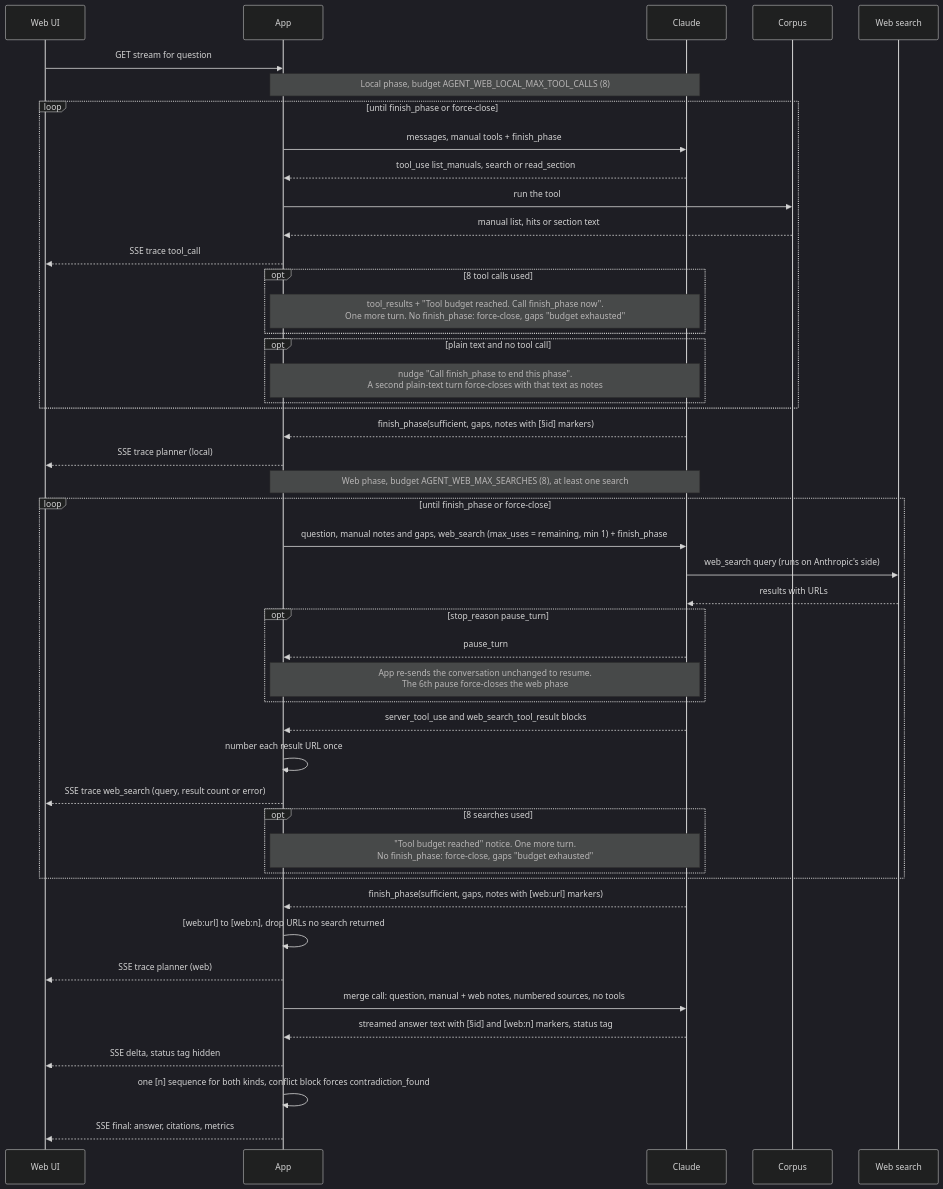
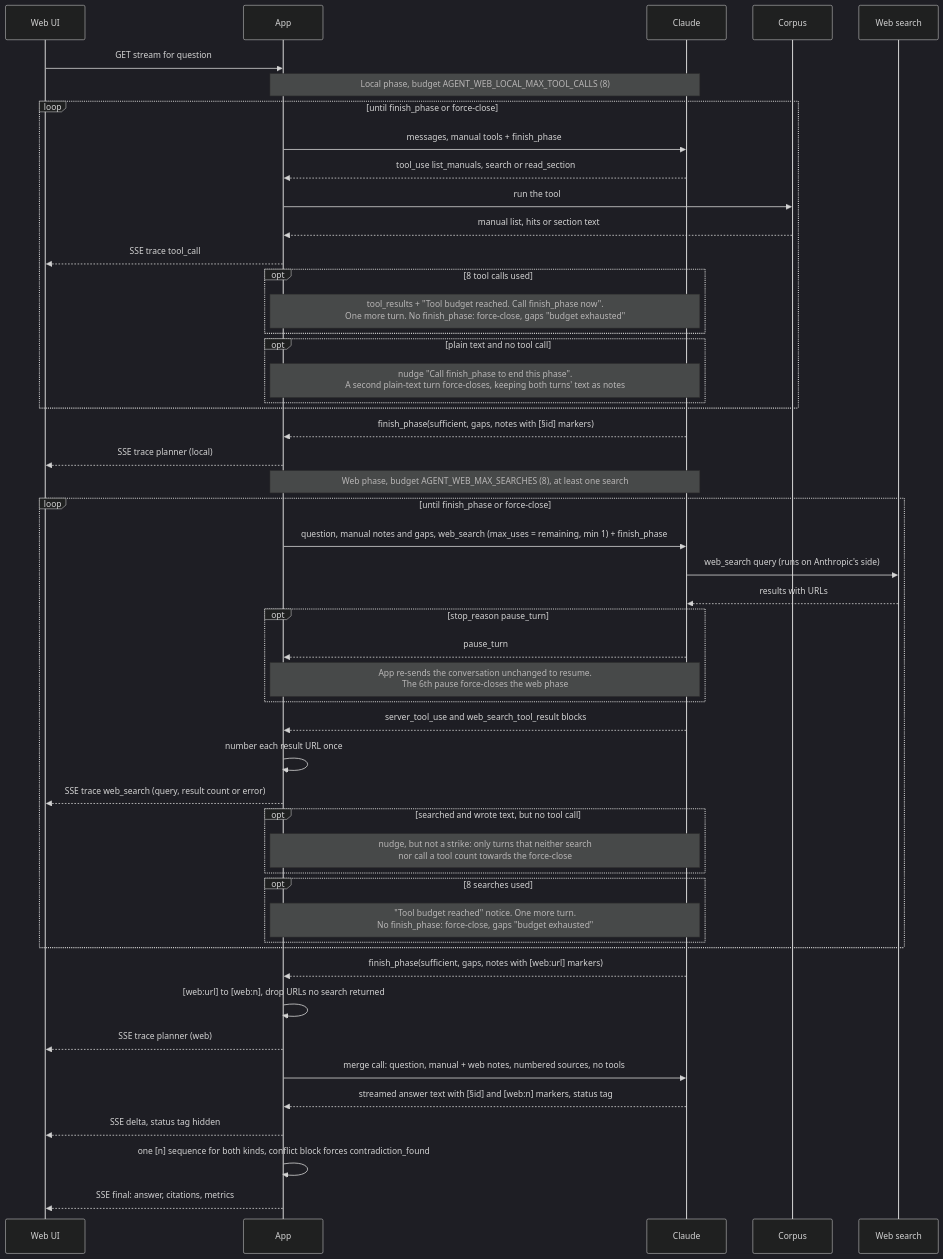
The second of 2 diagrams in docs/strategies/4-agentic-web.md (belaboros/UserManualAssistant), drawn with Mermaid (dark theme) before and after one commit. The commit also changed other lines of this file and 4 other files, not shown here.

First line of the commit message:
docs: web search prerequisite, force-close gaps and the strike rule

````diff
--- a/docs/strategies/4-agentic-web.md
+++ b/docs/strategies/4-agentic-web.md
@@ -51,49 +51,52 @@
 ```mermaid
 sequenceDiagram
     participant UI as Web UI
     participant A as App
     participant C as Claude
     participant DB as Corpus
     participant W as Web search
     UI->>A: GET stream for question
     Note over A,C: Local phase, budget AGENT_WEB_LOCAL_MAX_TOOL_CALLS (8)
     loop until finish_phase or force-close
         A->>C: messages, manual tools + finish_phase
         C-->>A: tool_use list_manuals, search or read_section
         A->>DB: run the tool
         DB-->>A: manual list, hits or section text
         A-->>UI: SSE trace tool_call
         opt 8 tool calls used
             Note over A,C: tool_results + "Tool budget reached. Call finish_phase now".<br/>One more turn. No finish_phase: force-close, gaps "budget exhausted"
         end
         opt plain text and no tool call
-            Note over A,C: nudge "Call finish_phase to end this phase".<br/>A second plain-text turn force-closes with that text as notes
+            Note over A,C: nudge "Call finish_phase to end this phase".<br/>A second plain-text turn force-closes, keeping both turns' text as notes
         end
     end
     C-->>A: finish_phase(sufficient, gaps, notes with [§id] markers)
     A-->>UI: SSE trace planner (local)
     Note over A,C: Web phase, budget AGENT_WEB_MAX_SEARCHES (8), at least one search
     loop until finish_phase or force-close
         A->>C: question, manual notes and gaps, web_search (max_uses = remaining, min 1) + finish_phase
         C->>W: web_search query (runs on Anthropic's side)
         W-->>C: results with URLs
         opt stop_reason pause_turn
             C-->>A: pause_turn
             Note over A,C: App re-sends the conversation unchanged to resume.<br/>The 6th pause force-closes the web phase
         end
         C-->>A: server_tool_use and web_search_tool_result blocks
         A->>A: number each result URL once
         A-->>UI: SSE trace web_search (query, result count or error)
+        opt searched and wrote text, but no tool call
+            Note over A,C: nudge, but not a strike: only turns that neither search<br/>nor call a tool count towards the force-close
+        end
         opt 8 searches used
             Note over A,C: "Tool budget reached" notice. One more turn.<br/>No finish_phase: force-close, gaps "budget exhausted"
         end
     end
     C-->>A: finish_phase(sufficient, gaps, notes with [web:url] markers)
     A->>A: [web:url] to [web:n], drop URLs no search returned
     A-->>UI: SSE trace planner (web)
     A->>C: merge call: question, manual + web notes, numbered sources, no tools
     C-->>A: streamed answer text with [§id] and [web:n] markers, status tag
     A-->>UI: SSE delta, status tag hidden
     A->>A: one [n] sequence for both kinds, conflict block forces contradiction_found
     A-->>UI: SSE final: answer, citations, metrics
 ```
````
